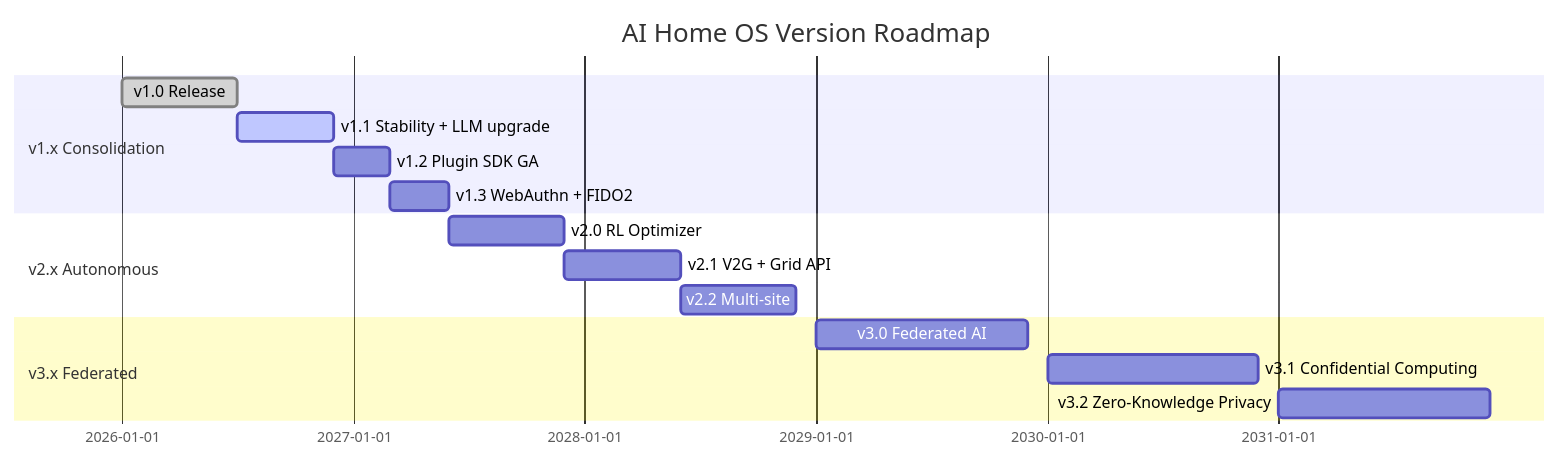
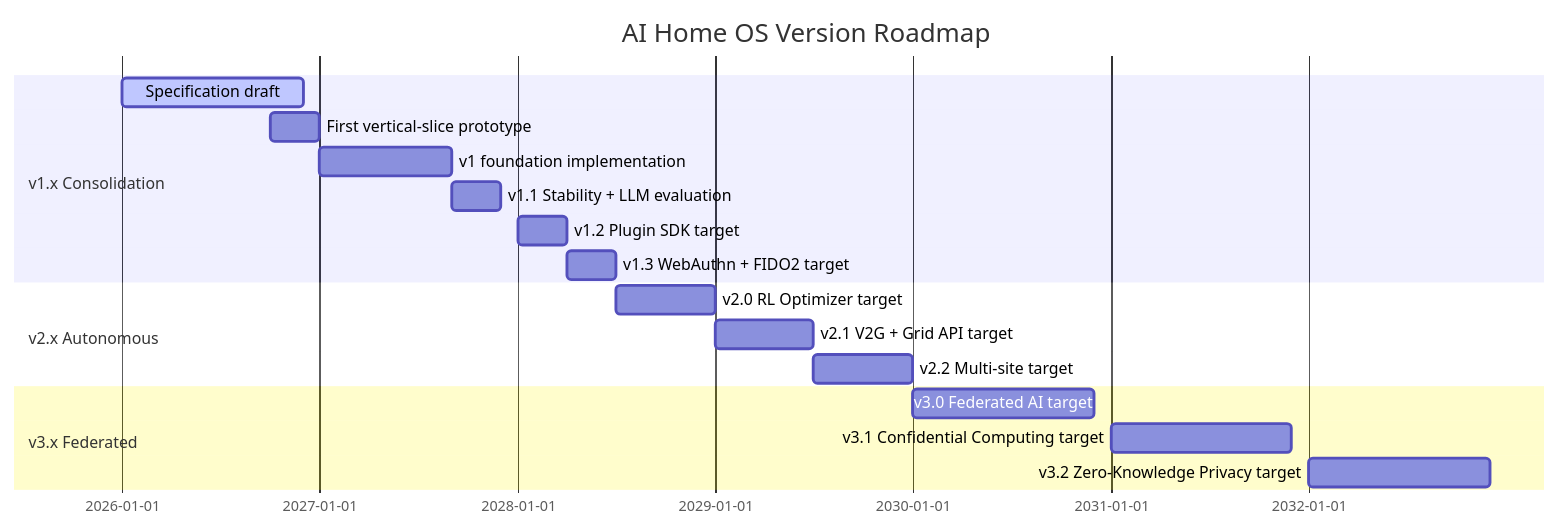
Before and after one commit to donzeg/AI-Home-OS: the second of 7 diagrams in docs/Chapter-16-Future-Roadmap.md, drawn with Mermaid. The commit also changed other lines of this file and 21 other files, not shown here.

````diff
--- a/docs/Chapter-16-Future-Roadmap.md
+++ b/docs/Chapter-16-Future-Roadmap.md
@@ -116,20 +120,22 @@
 ```mermaid
 gantt
     title AI Home OS Version Roadmap
     dateFormat  YYYY-MM
     section v1.x Consolidation
-    v1.0 Release          :done,    v1,  2026-01, 2026-07
-    v1.1 Stability + LLM upgrade :active, v11, 2026-07, 2026-12
-    v1.2 Plugin SDK GA    :         v12, 2026-12, 2027-03
-    v1.3 WebAuthn + FIDO2 :         v13, 2027-03, 2027-06
+    Specification draft  :active,  spec, 2026-01, 2026-12
+    First vertical-slice prototype : v01, 2026-10, 2027-01
+    v1 foundation implementation : v1, 2027-01, 2027-09
+    v1.1 Stability + LLM evaluation : v11, 2027-09, 2027-12
+    v1.2 Plugin SDK target :        v12, 2028-01, 2028-04
+    v1.3 WebAuthn + FIDO2 target :  v13, 2028-04, 2028-07
 
     section v2.x Autonomous
-    v2.0 RL Optimizer     :         v20, 2027-06, 2027-12
-    v2.1 V2G + Grid API   :         v21, 2027-12, 2028-06
-    v2.2 Multi-site       :         v22, 2028-06, 2028-12
+    v2.0 RL Optimizer target :      v20, 2028-07, 2029-01
+    v2.1 V2G + Grid API target :    v21, 2029-01, 2029-07
+    v2.2 Multi-site target :        v22, 2029-07, 2030-01
 
     section v3.x Federated
-    v3.0 Federated AI     :         v30, 2029-01, 2029-12
-    v3.1 Confidential Computing :   v31, 2030-01, 2030-12
-    v3.2 Zero-Knowledge Privacy :   v32, 2031-01, 2031-12
+    v3.0 Federated AI target :       v30, 2030-01, 2030-12
+    v3.1 Confidential Computing target : v31, 2031-01, 2031-12
+    v3.2 Zero-Knowledge Privacy target : v32, 2032-01, 2032-12
 ```
````
